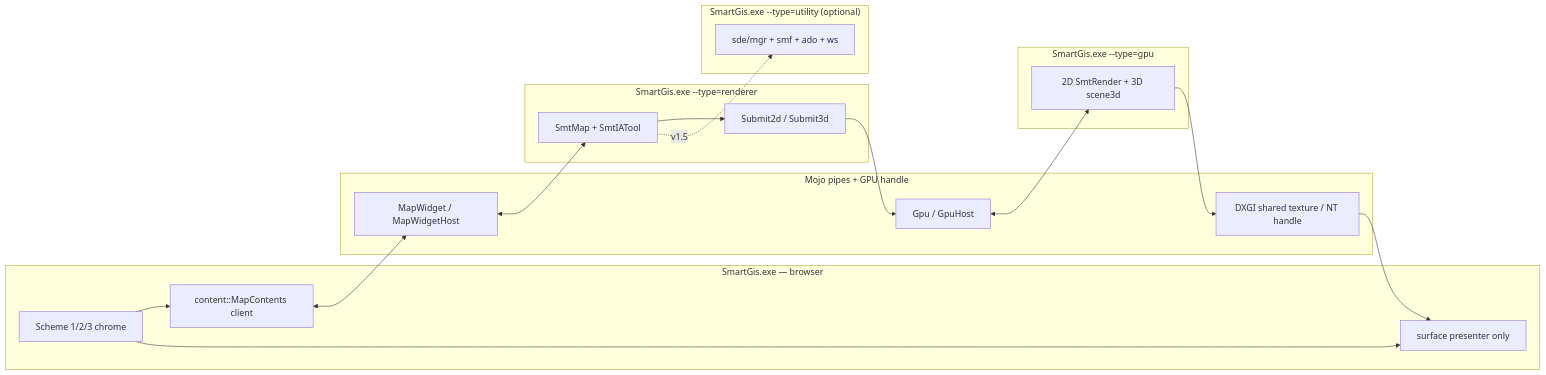
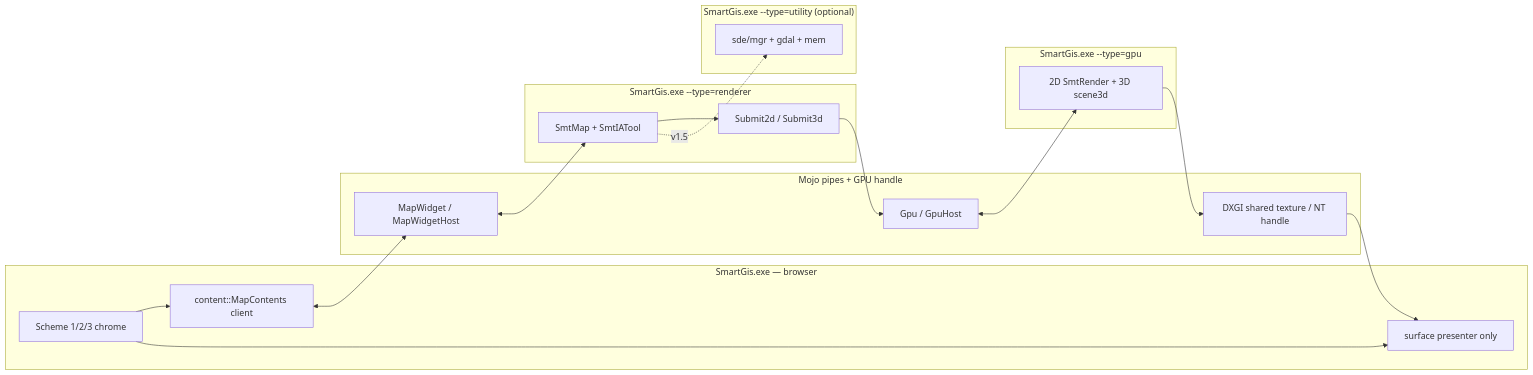
The first of 5 diagrams in docs/build/ui-shell-multiprocess.md (jsccl1988/smartgis), drawn with Mermaid before and after one commit. The commit also changed other lines of this file and 836 other files, not shown here.

````diff
--- a/docs/build/ui-shell-multiprocess.md
+++ b/docs/build/ui-shell-multiprocess.md
@@ -73,38 +73,38 @@
 ```mermaid
 flowchart LR
   subgraph Browser["SmartGis.exe — browser"]
     Chrome["Scheme 1/2/3 chrome"]
     HostClient["content::MapContents client"]
     Presenter["surface presenter only"]
     Chrome --> HostClient
     Chrome --> Presenter
   end
 
   subgraph IPC["Mojo pipes + GPU handle"]
     MojR["MapWidget / MapWidgetHost"]
     MojG["Gpu / GpuHost"]
     Tex["DXGI shared texture / NT handle"]
   end
 
   subgraph Renderer["SmartGis.exe --type=renderer"]
     MapW["SmtMap + SmtIATool"]
     Submit["Submit2d / Submit3d"]
     MapW --> Submit
   end
 
   subgraph GpuProc["SmartGis.exe --type=gpu"]
     GpuMain["2D SmtRender + 3D scene3d"]
     GpuMain --> Tex
   end
 
   subgraph IO["SmartGis.exe --type=utility (optional)"]
-    Sde["sde/mgr + smf + ado + ws"]
+    Sde["sde/mgr + gdal + mem"]
   end
 
   HostClient <--> MojR
   MojR <--> MapW
   Submit --> MojG
   MojG <--> GpuMain
   Tex --> Presenter
   MapW -.->|v1.5| Sde
 ```
````
